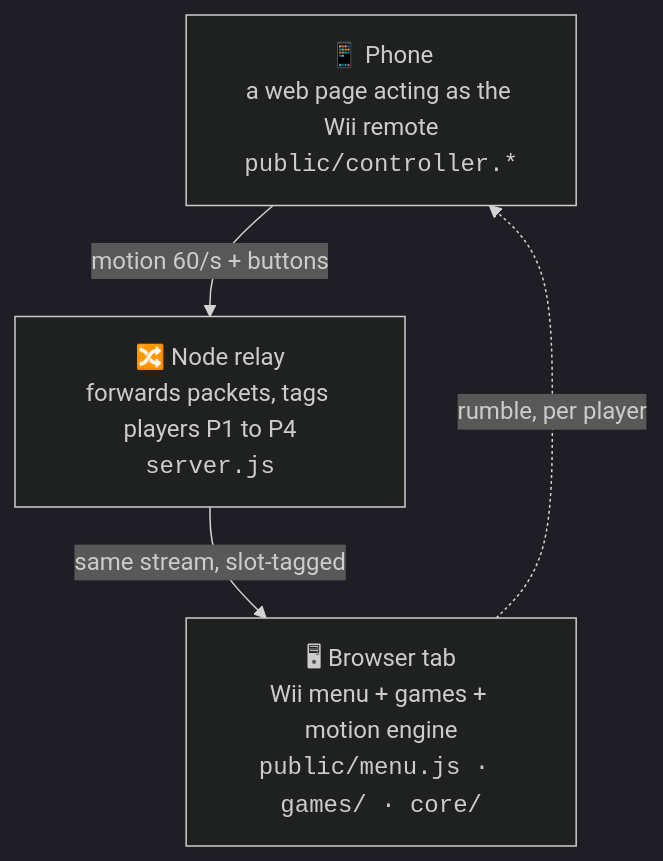
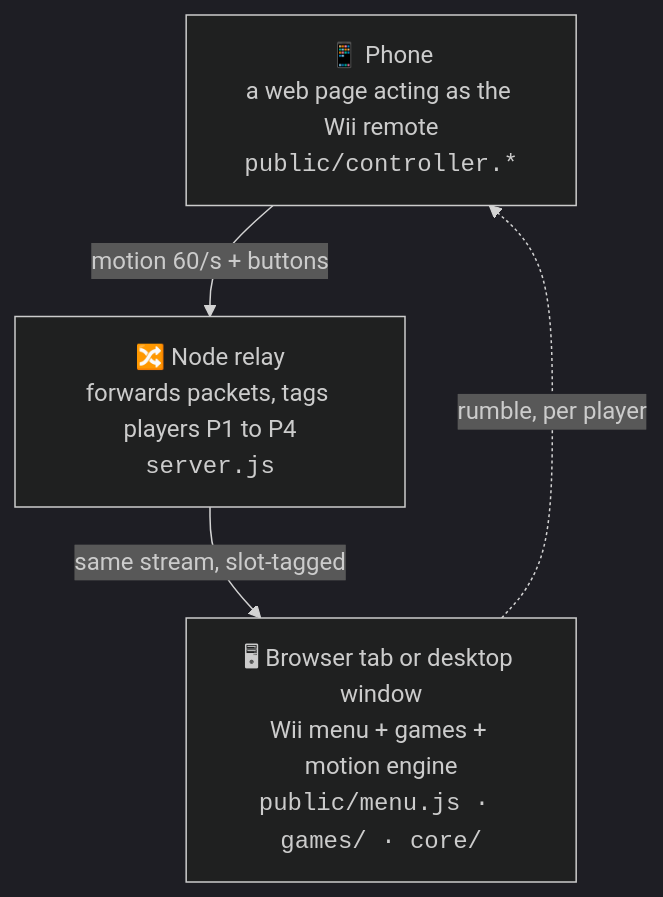
Before and after one commit to binemugha/freewii: the diagram in README.md, drawn with Mermaid (dark theme). The commit also changed other lines of this file and 16 other files, not shown here.

Commit message:
Add downloadable FreeWii desktop app

````diff
--- a/README.md
+++ b/README.md
@@ -44,9 +66,9 @@
 ```mermaid
 flowchart TD
     phone["📱 Phone<br/>a web page acting as the Wii remote<br/><code>public/controller.*</code>"]
     relay["🔀 Node relay<br/>forwards packets, tags players P1 to P4<br/><code>server.js</code>"]
-    browser["🖥 Browser tab<br/>Wii menu + games + motion engine<br/><code>public/menu.js · games/ · core/</code>"]
+    browser["🖥 Browser tab or desktop window<br/>Wii menu + games + motion engine<br/><code>public/menu.js · games/ · core/</code>"]
     phone -- "motion 60/s + buttons" --> relay
     relay -- "same stream, slot-tagged" --> browser
     browser -. "rumble, per player" .-> phone
 ```
````
